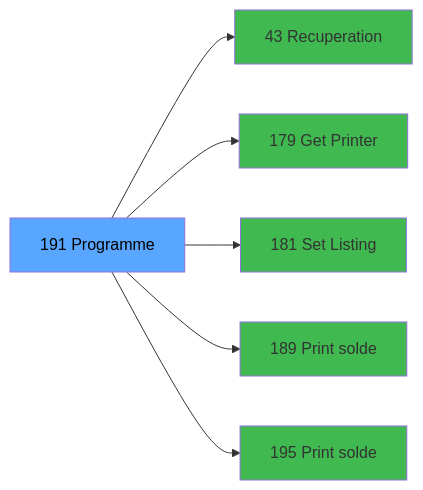
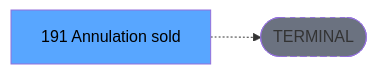
The third of 3 diagrams in .openspec/specs/ADH-IDE-191.md (thonyAGP/lecteur-magic), drawn with Mermaid before and after one commit. The commit also changed other lines of this file and 701 other files, not shown here.

````diff
--- a/.openspec/specs/ADH-IDE-191.md
+++ b/.openspec/specs/ADH-IDE-191.md
@@ -164,20 +148,8 @@
 ```mermaid
 graph LR
-    T[191 Programme]
-    C43[43 Recuperation]
-    T --> C43
-    C179[179 Get Printer]
-    T --> C179
-    C181[181 Set Listing ]
-    T --> C181
-    C189[189 Print solde ]
-    T --> C189
-    C195[195 Print solde ]
-    T --> C195
+    T[191 Annulation sold]
+    TERM([TERMINAL])
+    T -.-> TERM
+    style TERM fill:#6b7280,stroke-dasharray: 5 5
     style T fill:#58a6ff,color:#000
-    style C43 fill:#3fb950
-    style C179 fill:#3fb950
-    style C181 fill:#3fb950
-    style C189 fill:#3fb950
-    style C195 fill:#3fb950
 ```
````
